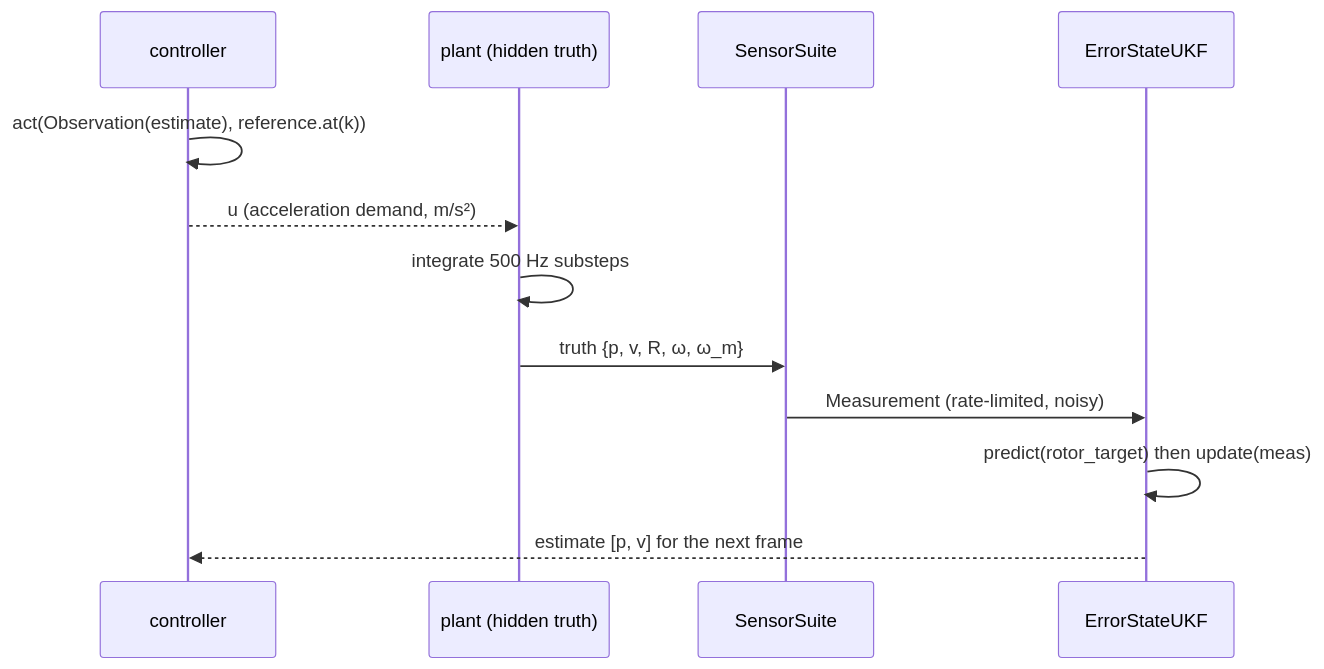
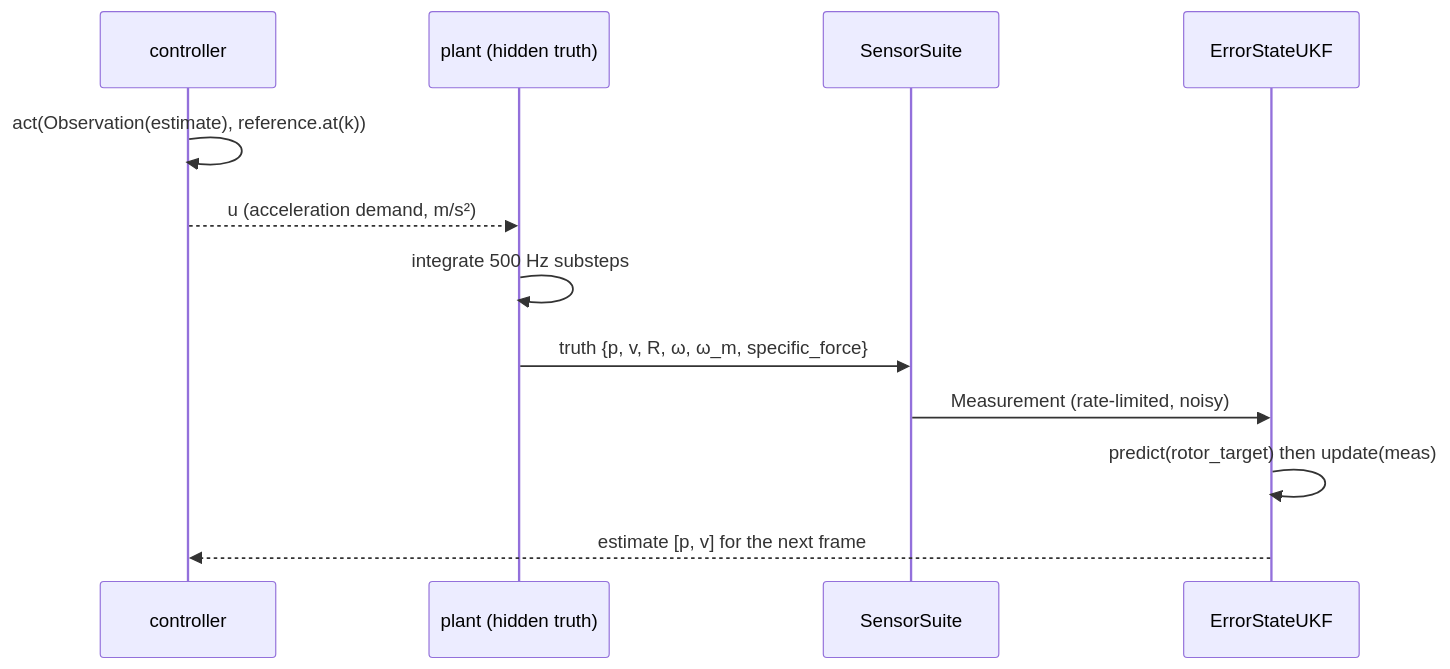
One commit to romanklis/ann2snn-pychromo-drone changed the second of 3 diagrams in docs/architecture.md. Above: the diagram before and after it, drawn with Mermaid. The commit also changed other lines of this file and 52 other files, not shown here.

````diff
--- a/docs/architecture.md
+++ b/docs/architecture.md
@@ -76,14 +83,14 @@
 ```mermaid
 sequenceDiagram
   participant C as controller
   participant P as plant (hidden truth)
   participant S as SensorSuite
   participant E as ErrorStateUKF
   C->>C: act(Observation(estimate), reference.at(k))
   C-->>P: u (acceleration demand, m/s²)
   P->>P: integrate 500 Hz substeps
-  P->>S: truth {p, v, R, ω, ω_m}
+  P->>S: truth {p, v, R, ω, ω_m, specific_force}
   S->>E: Measurement (rate-limited, noisy)
   E->>E: predict(rotor_target) then update(meas)
   E-->>C: estimate [p, v] for the next frame
 ```
````
